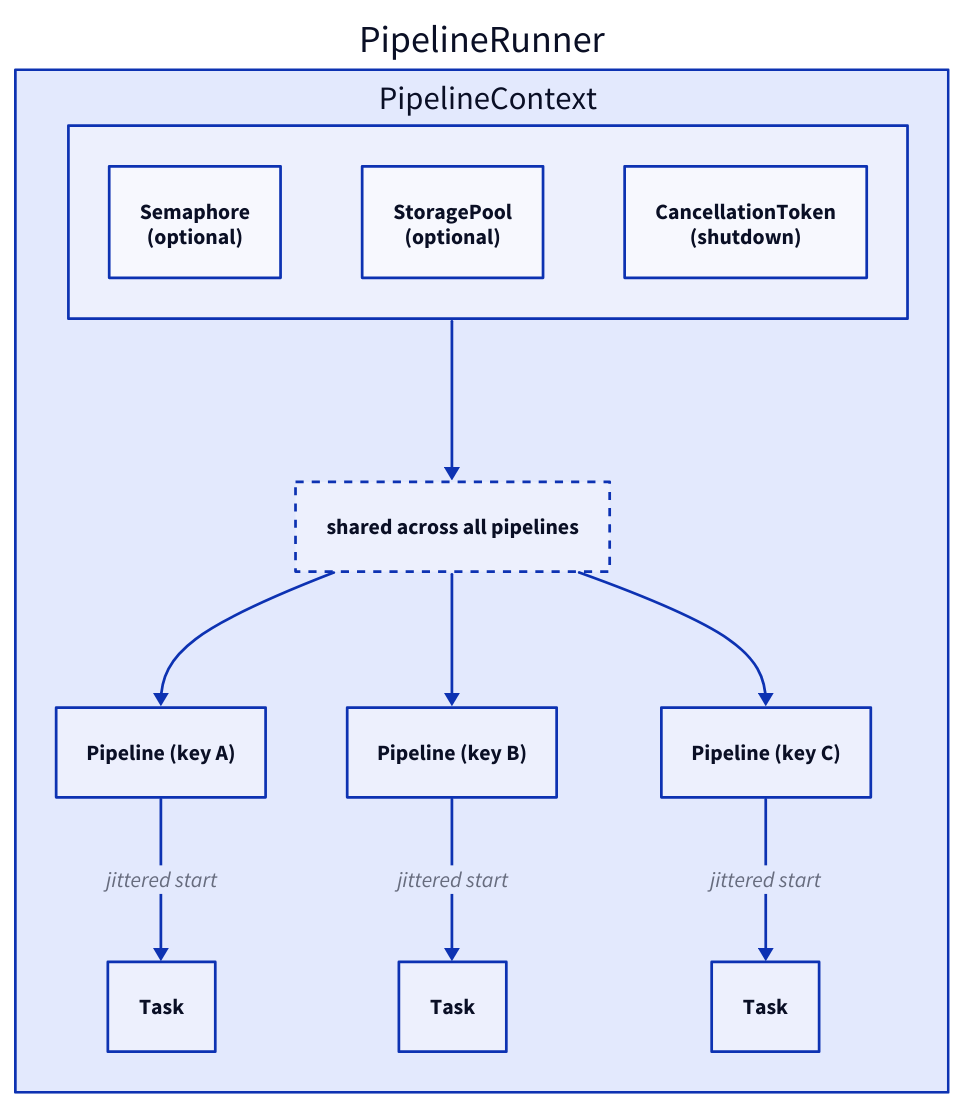
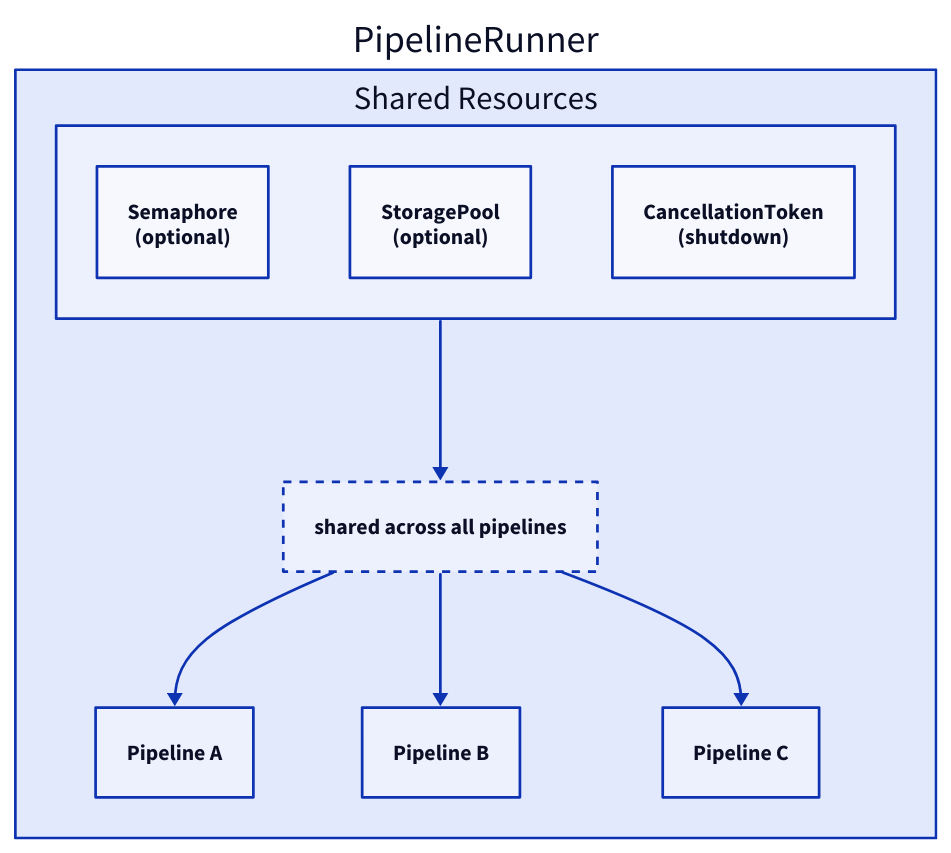
Before and after one commit to benjamin-awd/blizzard: the first of 3 diagrams in website/src/content/docs/concepts/topology.md, drawn with D2. The commit also changed other lines of this file and 3 other files, not shown here.

````diff
--- a/website/src/content/docs/concepts/topology.md
+++ b/website/src/content/docs/concepts/topology.md
@@ -12,36 +12,28 @@
 ```d2
 PipelineRunner: {
-  PipelineContext: {
+  Shared Resources: {
     semaphore: Semaphore {
       label: "Semaphore\n(optional)"
     }
     storage: StoragePool {
       label: "StoragePool\n(optional)"
     }
     token: CancellationToken {
       label: "CancellationToken\n(shutdown)"
     }
   }
 
   shared: "shared across all pipelines" {
     style.stroke-dash: 3
   }
 
-  pipeline_a: Pipeline (key A)
-  pipeline_b: Pipeline (key B)
-  pipeline_c: Pipeline (key C)
+  pipeline_a: Pipeline A
+  pipeline_b: Pipeline B
+  pipeline_c: Pipeline C
 
-  task_a: Task
-  task_b: Task
-  task_c: Task
-
-  PipelineContext -> shared
+  Shared Resources -> shared
   shared -> pipeline_a
   shared -> pipeline_b
   shared -> pipeline_c
-
-  pipeline_a -> task_a: jittered start
-  pipeline_b -> task_b: jittered start
-  pipeline_c -> task_c: jittered start
 }
 ```
````
